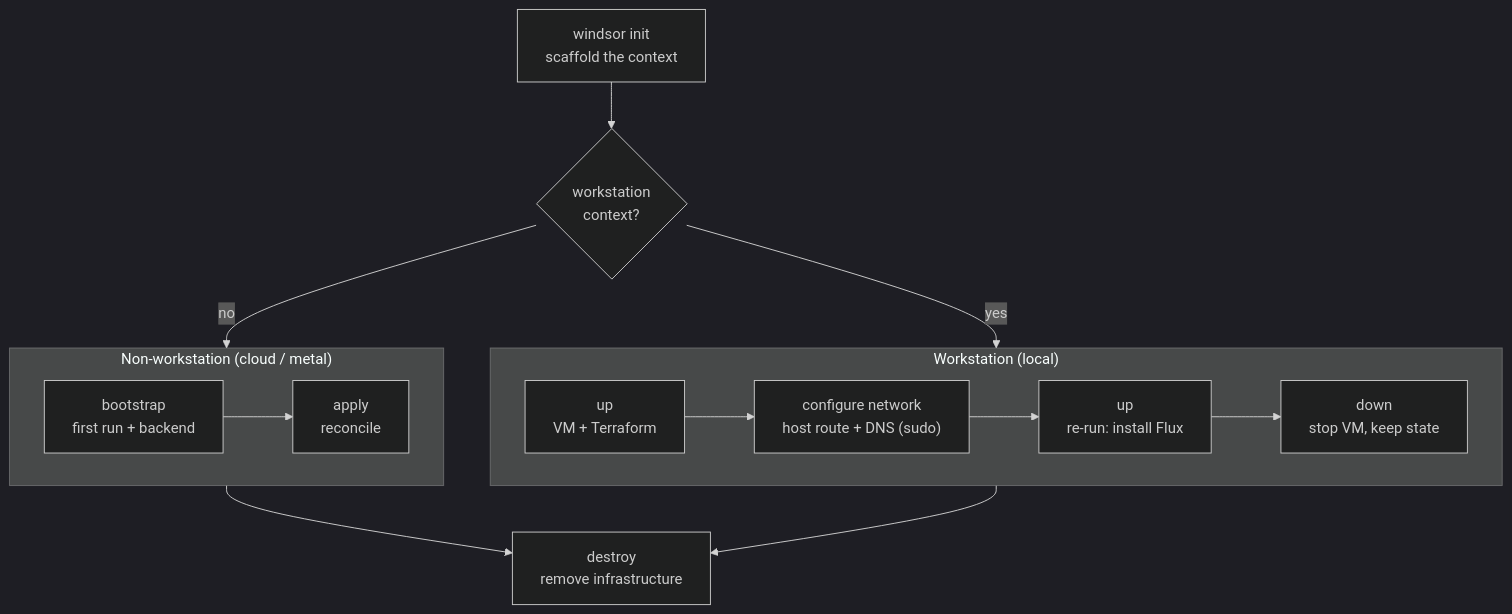
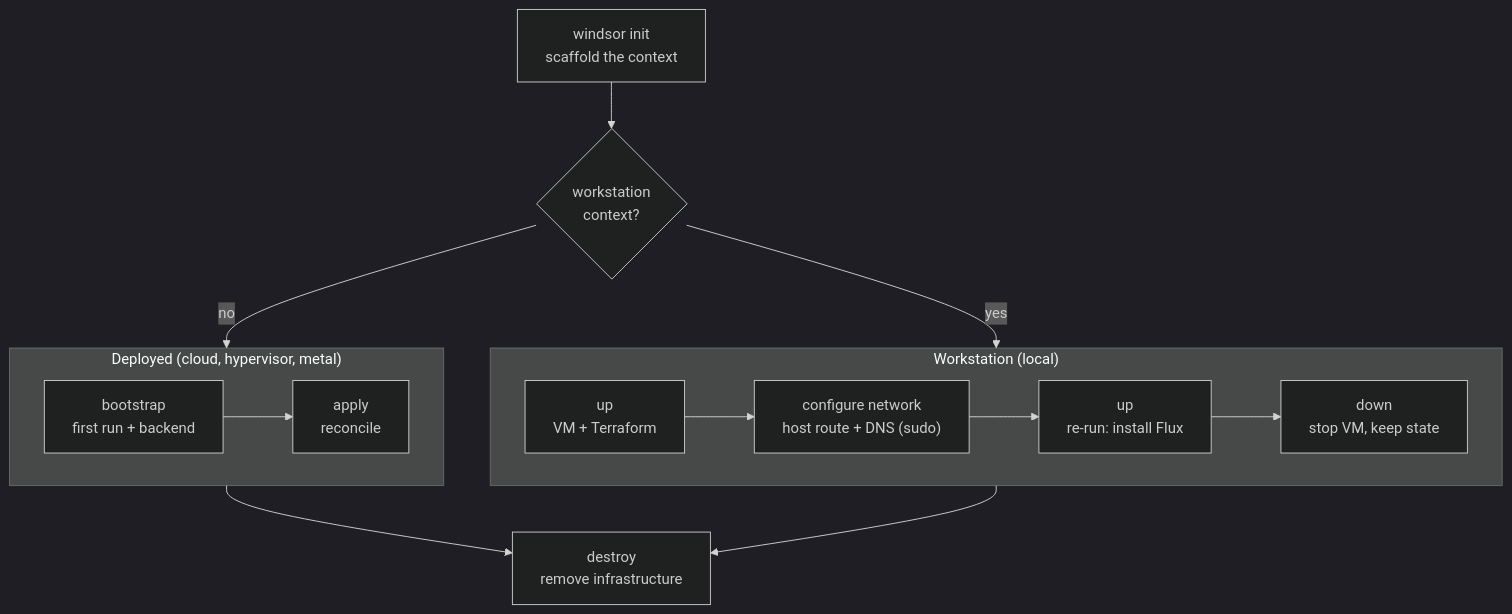
The first of 2 diagrams in content/provisioning/workflow.md (windsorcli/docs), drawn with Mermaid (dark theme) before and after one commit. The commit also changed other lines of this file and 4 other files, not shown here.

First line of the commit message:
docs: frame contexts as workstation or deployed

````diff
--- a/content/provisioning/workflow.md
+++ b/content/provisioning/workflow.md
@@ -8,16 +8,16 @@
 ```mermaid
 flowchart TB
   Init["windsor init<br/>scaffold the context"] --> Q{workstation<br/>context?}
   subgraph WS["Workstation (local)"]
     direction LR
     Up["up<br/>VM + Terraform"] --> CN["configure network<br/>host route + DNS (sudo)"] --> Up2["up<br/>re-run: install Flux"] --> Down["down<br/>stop VM, keep state"]
   end
-  subgraph Cloud["Non-workstation (cloud / metal)"]
+  subgraph Cloud["Deployed (cloud, hypervisor, metal)"]
     direction LR
     Boot["bootstrap<br/>first run + backend"] --> Apply["apply<br/>reconcile"]
   end
   Q -->|yes| Up
   Q -->|no| Boot
   WS --> Destroy["destroy<br/>remove infrastructure"]
   Cloud --> Destroy
 ```
````
